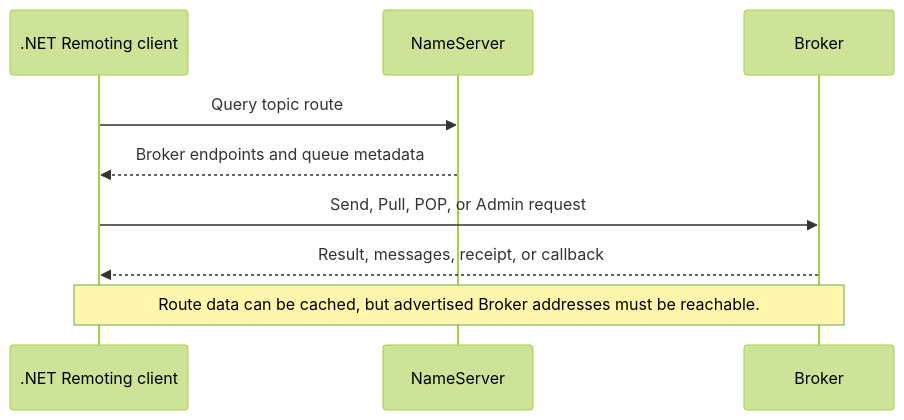
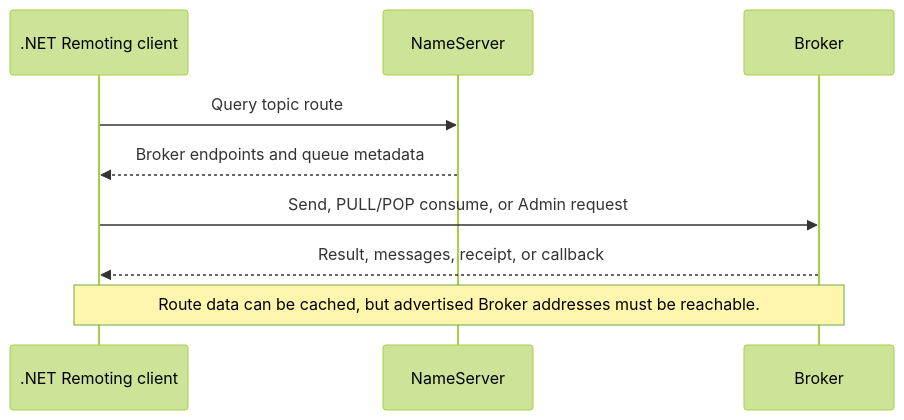
The second of 6 diagrams in docs/en-US/architecture/rocketmq-architecture.md (eventhorizon-cli/EventHorizon.RocketMQ), drawn with Mermaid (forest theme) before and after one commit. The commit also changed other lines of this file and 235 other files, not shown here.

````diff
--- a/docs/en-US/architecture/rocketmq-architecture.md
+++ b/docs/en-US/architecture/rocketmq-architecture.md
@@ -56,12 +56,12 @@
 ```mermaid
 sequenceDiagram
     participant App as .NET Remoting client
     participant NameServer as NameServer
     participant Broker as Broker
 
     App->>NameServer: Query topic route
     NameServer-->>App: Broker endpoints and queue metadata
-    App->>Broker: Send, Pull, POP, or Admin request
+    App->>Broker: Send, PULL/POP consume, or Admin request
     Broker-->>App: Result, messages, receipt, or callback
     Note over App,Broker: Route data can be cached, but advertised Broker addresses must be reachable.
 ```
````
